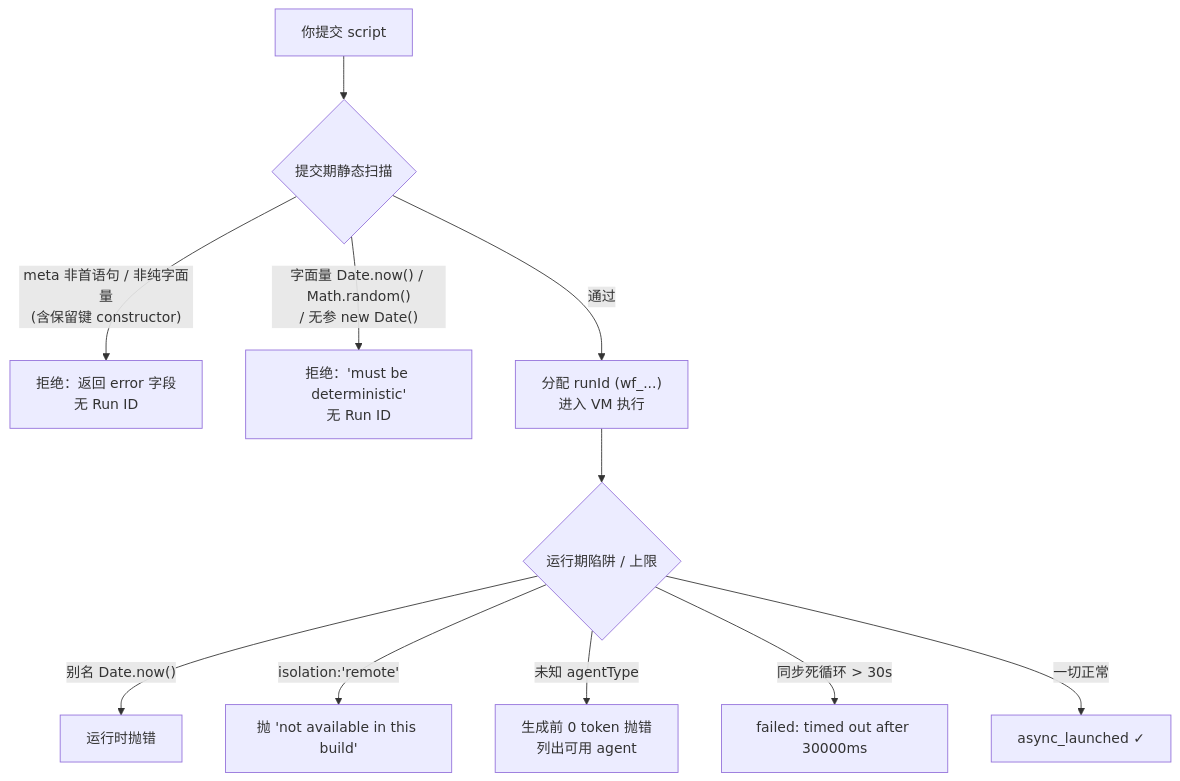
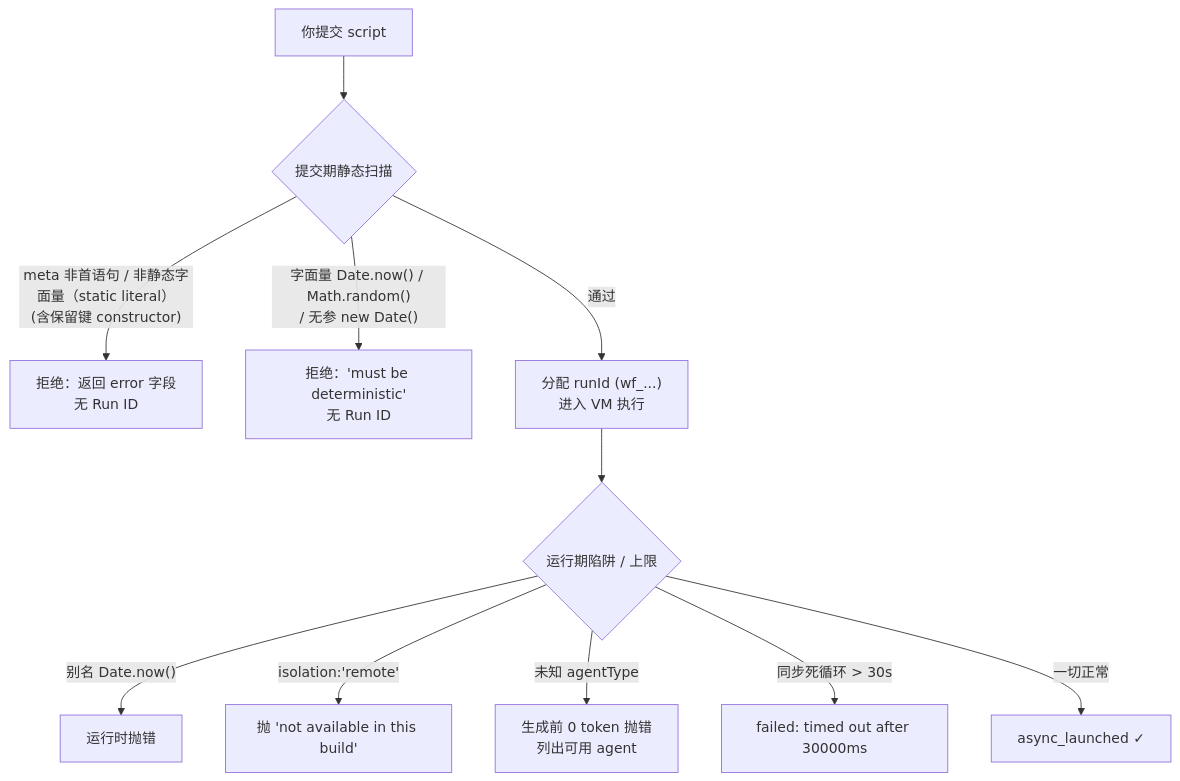
Before and after one commit to AGI-is-going-to-arrive/workflow-cookbook: the first of 4 diagrams in docs/zh/p6-28-validator-debug.md, drawn with Mermaid. The commit also changed other lines of this file and 78 other files, not shown here.

````diff
--- a/docs/zh/p6-28-validator-debug.md
+++ b/docs/zh/p6-28-validator-debug.md
@@ -21,13 +21,13 @@
 ```mermaid
 flowchart TD
     Start["你提交 script"] --> Static{"提交期静态扫描"}
-    Static -->|"meta 非首语句 / 非纯字面量<br/>(含保留键 constructor)"| Reject1["拒绝：返回 error 字段<br/>无 Run ID"]
+    Static -->|"meta 非首语句 / 非静态字面量（static literal）<br/>(含保留键 constructor)"| Reject1["拒绝：返回 error 字段<br/>无 Run ID"]
     Static -->|"字面量 Date.now() / Math.random()<br/>/ 无参 new Date()"| Reject2["拒绝：'must be deterministic'<br/>无 Run ID"]
     Static -->|"通过"| Run["分配 runId (wf_...)<br/>进入 VM 执行"]
     Run --> RT{"运行期陷阱 / 上限"}
     RT -->|"别名 Date.now()"| E1["运行时抛错"]
     RT -->|"isolation:'remote'"| E2["抛 'not available in this build'"]
     RT -->|"未知 agentType"| E3["生成前 0 token 抛错<br/>列出可用 agent"]
     RT -->|"同步死循环 > 30s"| E4["failed: timed out after 30000ms"]
     RT -->|"一切正常"| OK["async_launched ✓"]
 ```
````
